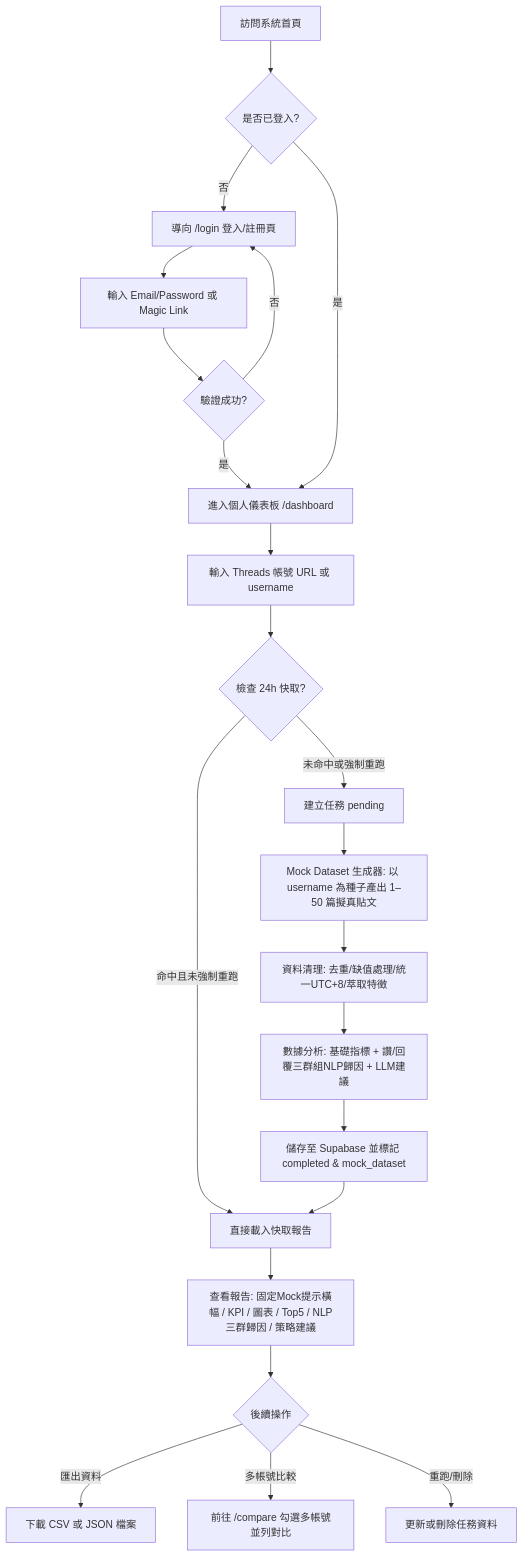
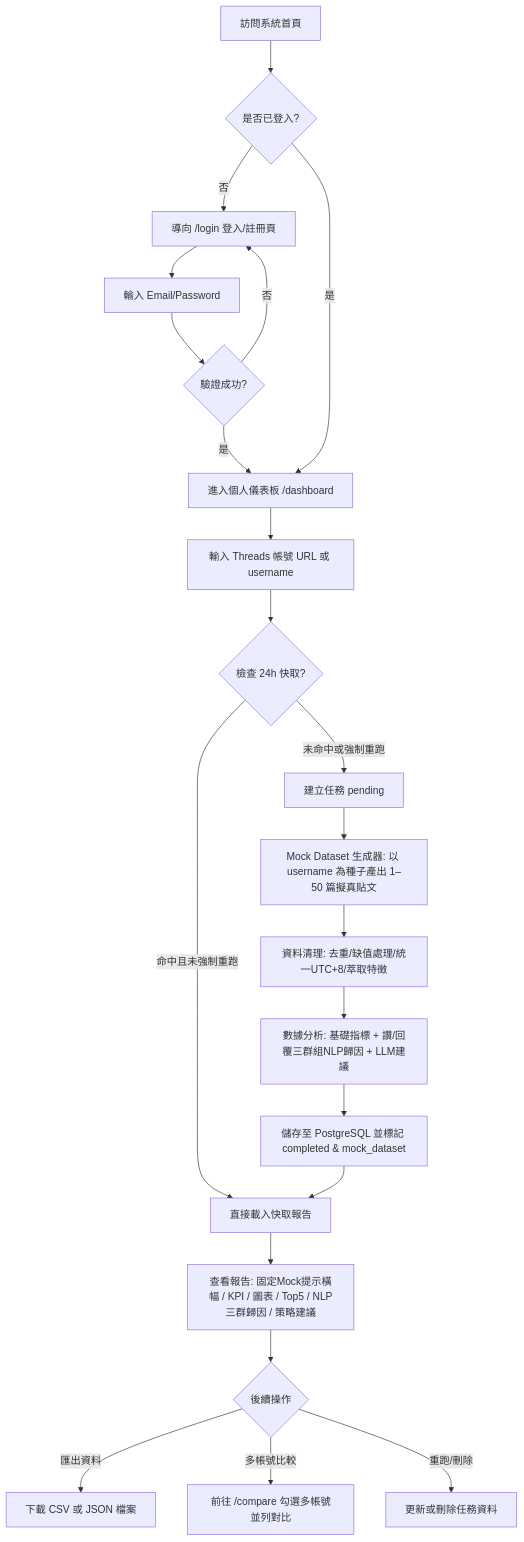
The diagram in threadsinsight_prd-1.md (Yao920127/threadsinsight), drawn with Mermaid before and after one commit. The commit also changed other lines of this file and 9 other files, not shown here.

First line of the commit message:
docs: 改用 PostgreSQL 與自建登入後更新文件與架構圖

````diff
--- a/threadsinsight_prd-1.md
+++ b/threadsinsight_prd-1.md
@@ -124,26 +124,26 @@
 ```mermaid
 flowchart TD
     A[訪問系統首頁] --> B{是否已登入?}
     B -- 否 --> C[導向 /login 登入/註冊頁]
-    C --> D[輸入 Email/Password 或 Magic Link]
+    C --> D[輸入 Email/Password]
     D --> E{驗證成功?}
     E -- 否 --> C
     E -- 是 --> F[進入個人儀表板 /dashboard]
     B -- 是 --> F
 
     F --> G[輸入 Threads 帳號 URL 或 username]
     G --> H{檢查 24h 快取?}
     H -- 命中且未強制重跑 --> I[直接載入快取報告]
     H -- 未命中或強制重跑 --> J[建立任務 pending]
     J --> K[Mock Dataset 生成器: 以 username 為種子產出 1–50 篇擬真貼文]
     K --> L[資料清理: 去重/缺值處理/統一UTC+8/萃取特徵]
     L --> M[數據分析: 基礎指標 + 讚/回覆三群組NLP歸因 + LLM建議]
-    M --> N[儲存至 Supabase 並標記 completed & mock_dataset]
+    M --> N[儲存至 PostgreSQL 並標記 completed & mock_dataset]
     N --> I
 
     I --> O[查看報告: 固定Mock提示橫幅 / KPI / 圖表 / Top5 / NLP三群歸因 / 策略建議]
     O --> P{後續操作}
     P -- 匯出資料 --> Q[下載 CSV 或 JSON 檔案]
     P -- 多帳號比較 --> R[前往 /compare 勾選多帳號並列對比]
     P -- 重跑/刪除 --> S[更新或刪除任務資料]
 ```
````
